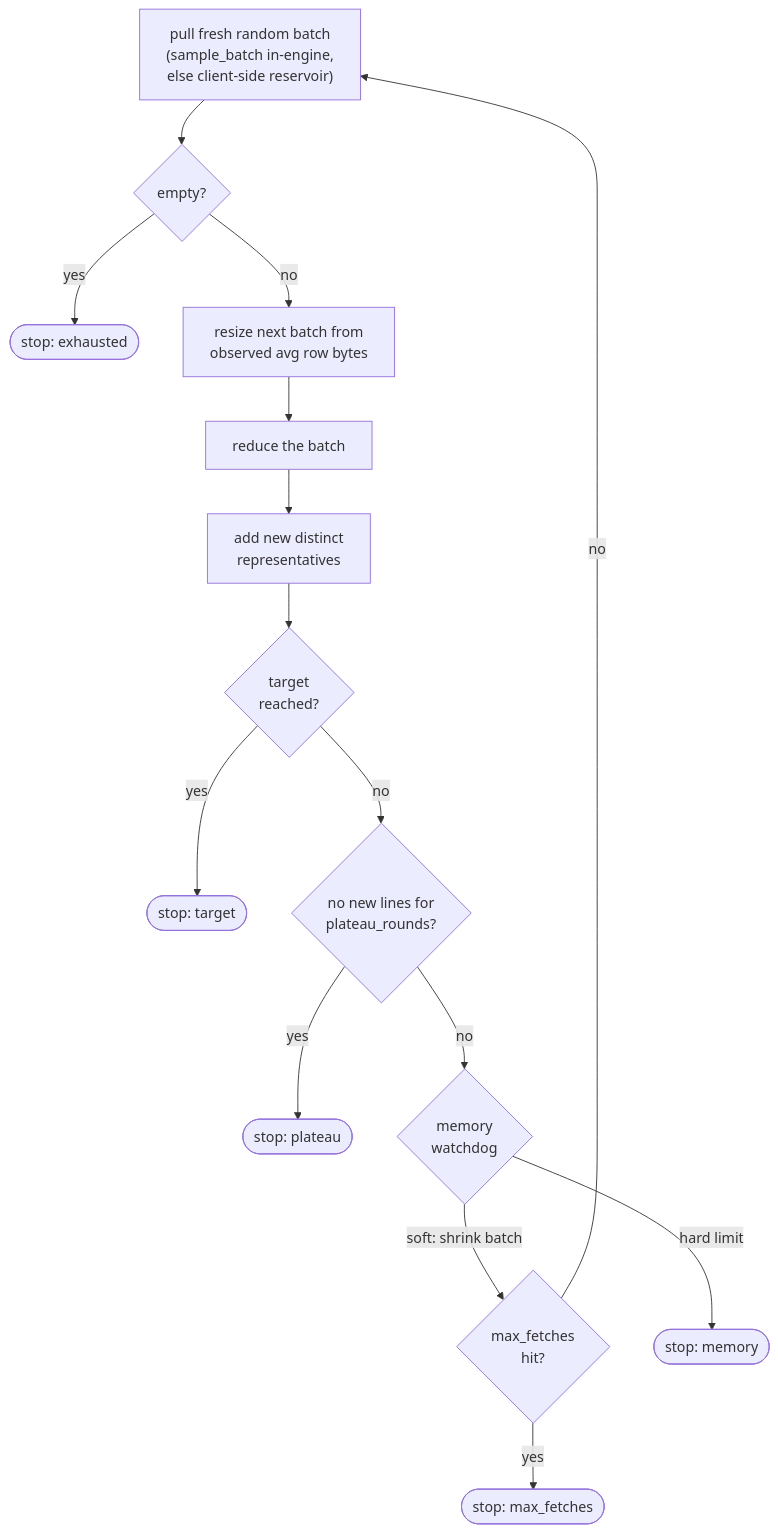
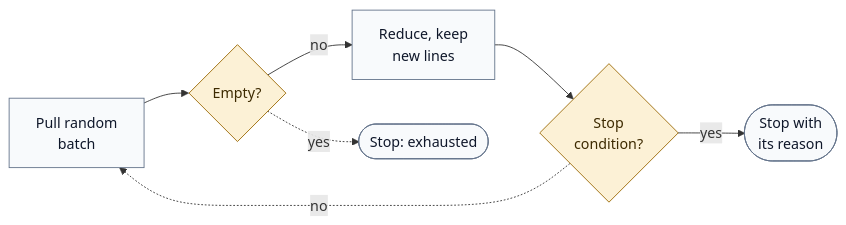
The first of 2 diagrams in docs/library-guide.md (hyperi-io/logreducer), drawn with Mermaid before and after one commit. The commit also changed other lines of this file and 9 other files, not shown here.

````diff
--- a/docs/library-guide.md
+++ b/docs/library-guide.md
@@ -30,17 +32,23 @@
 ```mermaid
-flowchart TD
-    PULL["pull fresh random batch<br/>(sample_batch in-engine,<br/>else client-side reservoir)"] --> E{empty?}
-    E -->|yes| SE([stop: exhausted])
-    E -->|no| SIZE["resize next batch from<br/>observed avg row bytes"]
-    SIZE --> RED["reduce the batch"]
-    RED --> ACC["add new distinct<br/>representatives"]
-    ACC --> TGT{"target<br/>reached?"}
-    TGT -->|yes| ST([stop: target])
-    TGT -->|no| PLAT{"no new lines for<br/>plateau_rounds?"}
-    PLAT -->|yes| SP([stop: plateau])
-    PLAT -->|no| MEM{"memory<br/>watchdog"}
-    MEM -->|"soft: shrink batch"| FET
-    MEM -->|"hard limit"| SM([stop: memory])
-    FET{"max_fetches<br/>hit?"} -->|yes| SF([stop: max_fetches])
-    FET -->|no| PULL
+flowchart LR
+    accTitle: L4 Detail -- Collecting a target
+    accDescr: Each round pulls a fresh random batch. An empty batch stops the loop as exhausted. Otherwise the batch is reduced and its new lines kept, then the stop conditions are checked, and the loop pulls again until one fires.
+
+    pull["Pull random<br/>batch"]
+    empty{"Empty?"}
+    reduce["Reduce, keep<br/>new lines"]
+    exhausted(["Stop: exhausted"])
+    check{"Stop<br/>condition?"}
+    stop(["Stop with<br/>its reason"])
+
+    pull --> empty
+    empty -->|no| reduce
+    empty -.->|yes| exhausted
+    reduce --> check
+    check -->|yes| stop
+    check -.->|no| pull
+
+    classDef default fill:#F8FAFC,stroke:#64748B,stroke-width:1px,color:#0F172A
+    classDef decision fill:#FCF1D6,stroke:#9A6700,stroke-width:1px,color:#3D2A00
+    class empty,check decision
 ```
````
